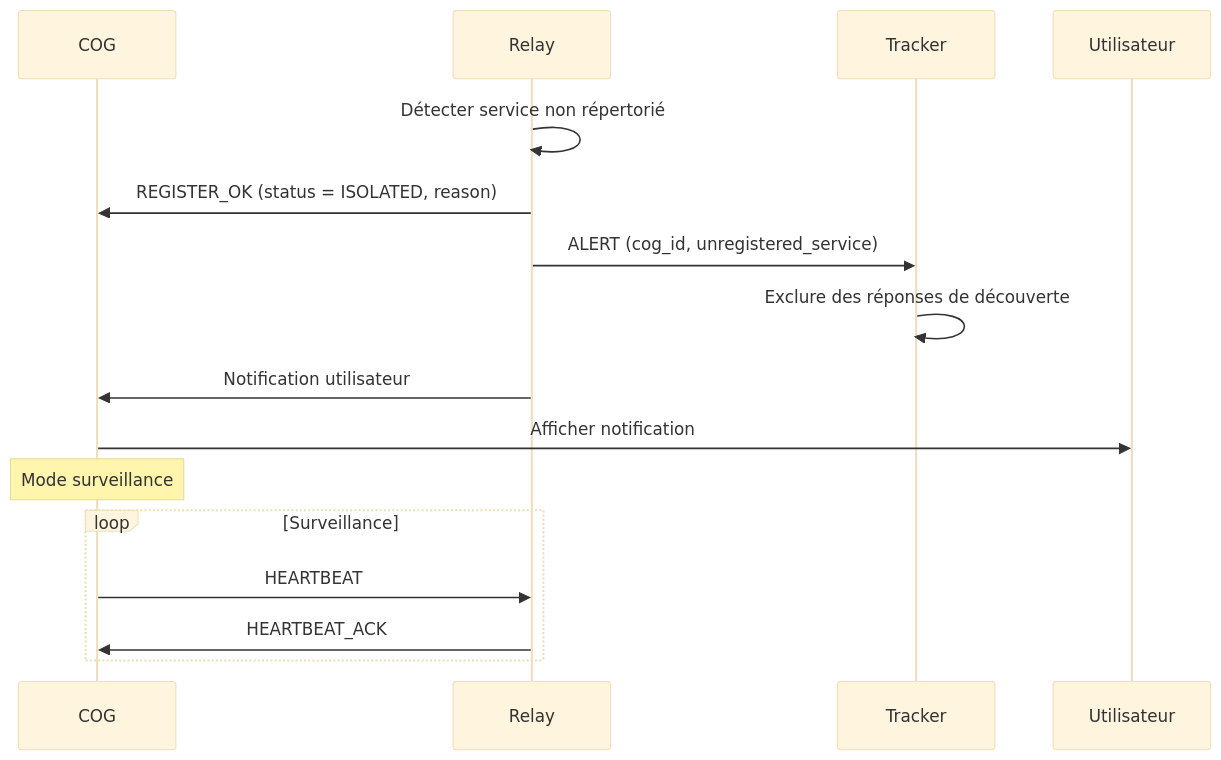
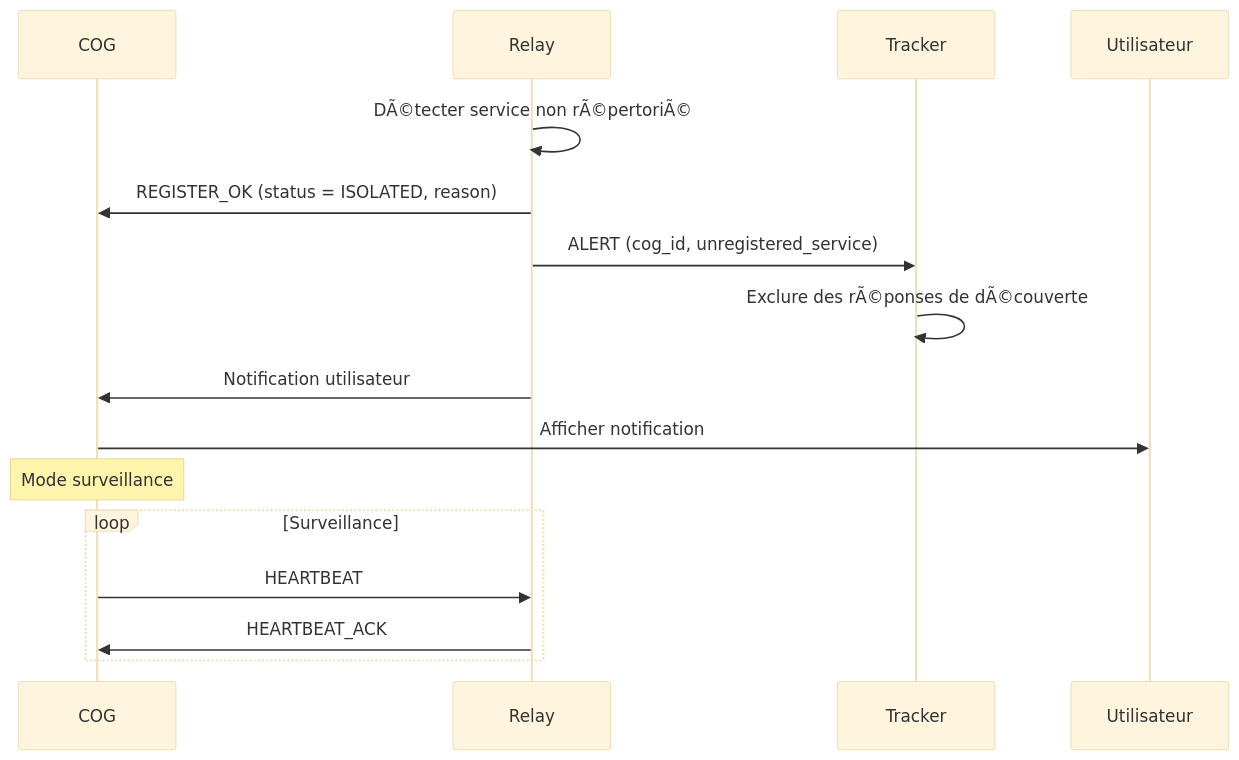
Before and after one commit to StudioMiyukini/miyukini_cog: the third of 4 diagrams in docs/miyukini-webway-system/securite/MWS - Registre de Services et Isolation.md, drawn with Mermaid (base theme). The commit also changed other lines of this file and 1287 other files, not shown here.

````diff
--- a/docs/miyukini-webway-system/securite/MWS - Registre de Services et Isolation.md
+++ b/docs/miyukini-webway-system/securite/MWS - Registre de Services et Isolation.md
@@ -187,19 +187,19 @@
 ```mermaid
 sequenceDiagram
     participant COG as COG
     participant R as Relay
     participant T as Tracker
     participant User as Utilisateur
 
-    R->>R: Détecter service non répertorié
+    R->>R: DÃ©tecter service non rÃ©pertoriÃ©
     R->>COG: REGISTER_OK (status = ISOLATED, reason)
     R->>T: ALERT (cog_id, unregistered_service)
-    T->>T: Exclure des réponses de découverte
+    T->>T: Exclure des rÃ©ponses de dÃ©couverte
     R->>COG: Notification utilisateur
     COG->>User: Afficher notification
     Note over COG: Mode surveillance
     loop Surveillance
         COG->>R: HEARTBEAT
         R->>COG: HEARTBEAT_ACK
     end
 ```
````
